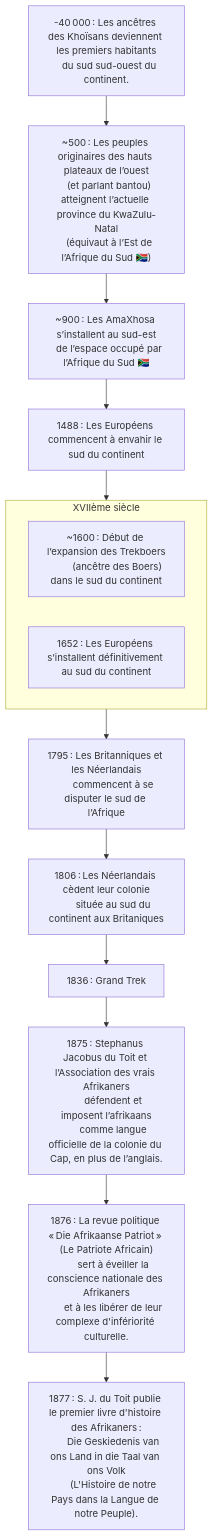
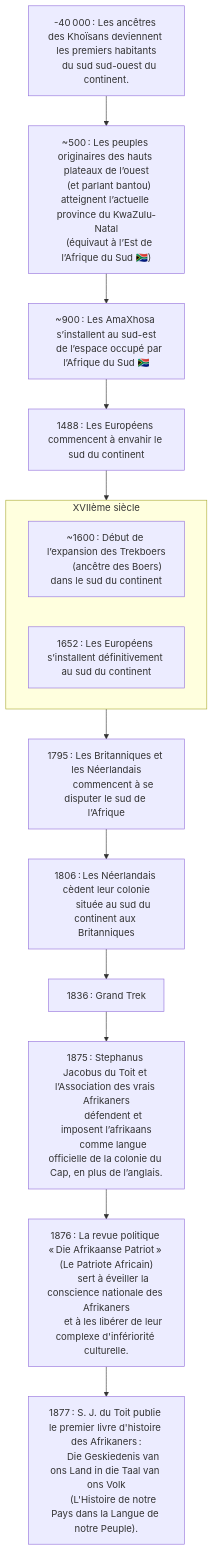
The diagram in en-cours/langue/afrique/sud/afrikaans.md (ba-moun/Ba-Moun-Save), drawn with Mermaid before and after one commit. The commit also changed other lines of this file, not shown here.

Commit message:
docs: update en-cours/langue/afrique/sud/afrikaans

````diff
--- a/en-cours/langue/afrique/sud/afrikaans.md
+++ b/en-cours/langue/afrique/sud/afrikaans.md
@@ -34,45 +34,45 @@
 ```mermaid
 flowchart TB
    khoisanArrive["-40 000 : Les ancêtres des Khoïsans deviennent les premiers habitants
    du sud sud-ouest du continent."]
    
    grassland["~500 : Les peuples originaires des hauts plateaux de l’ouest
    (et parlant bantou) atteignent l’actuelle province du KwaZulu-Natal
    (équivaut à l’Est de l’Afrique du Sud 🇿🇦)"]
    
    amaXhosa["~900 : Les AmaXhosa s’installent au sud-est
    de l’espace occupé par l’Afrique du Sud 🇿🇦"]
    
    europeanInvasion["1488 : Les Européens commencent à envahir le sud du continent"]
    
    subgraph 17thCentury["XVIIème siècle"]
       boersExpantion["~1600 : Début de l’expansion des Trekboers
          (ancêtre des Boers) dans le sud du continent"]
       
       europeanInvasionNextStep["1652 : Les Européens s’installent définitivement au sud du continent"]
    end
    
    europeanFightInSouthAfricaBegin["1795 : Les Britanniques et les Néerlandais
       commencent à se disputer le sud de l’Afrique"]
    
    europeanFightInSouthAfricaEnd["1806 : Les Néerlandais cèdent leur colonie
-      située au sud du continent aux Britaniques"]
+      située au sud du continent aux Britanniques"]
    
    grandTrek["1836 : Grand Trek"]
    
    imposeAfrikaans["1875 : Stephanus Jacobus du Toit et l’Association des vrais Afrikaners
       défendent et imposent l’afrikaans
       comme langue officielle de la colonie du Cap, en plus de l’anglais."]
    
    afrikaansLanguageNID["1876 : La revue politique « Die Afrikaanse Patriot » (Le Patriote Africain)
       sert à éveiller la conscience nationale des Afrikaners
       et à les libérer de leur complexe d'infériorité culturelle."]
    
    afrikanersHistoryBook["1877 : S. J. du Toit publie le premier livre d'histoire des Afrikaners :
       Die Geskiedenis van ons Land in die Taal van ons Volk
       (L'Histoire de notre Pays dans la Langue de notre Peuple)."]
       
    khoisanArrive --> grassland --> amaXhosa --> europeanInvasion --> 17thCentury --> europeanFightInSouthAfricaBegin -->
    europeanFightInSouthAfricaEnd --> grandTrek --> imposeAfrikaans --> afrikaansLanguageNID --> afrikanersHistoryBook
    
 ```
````
